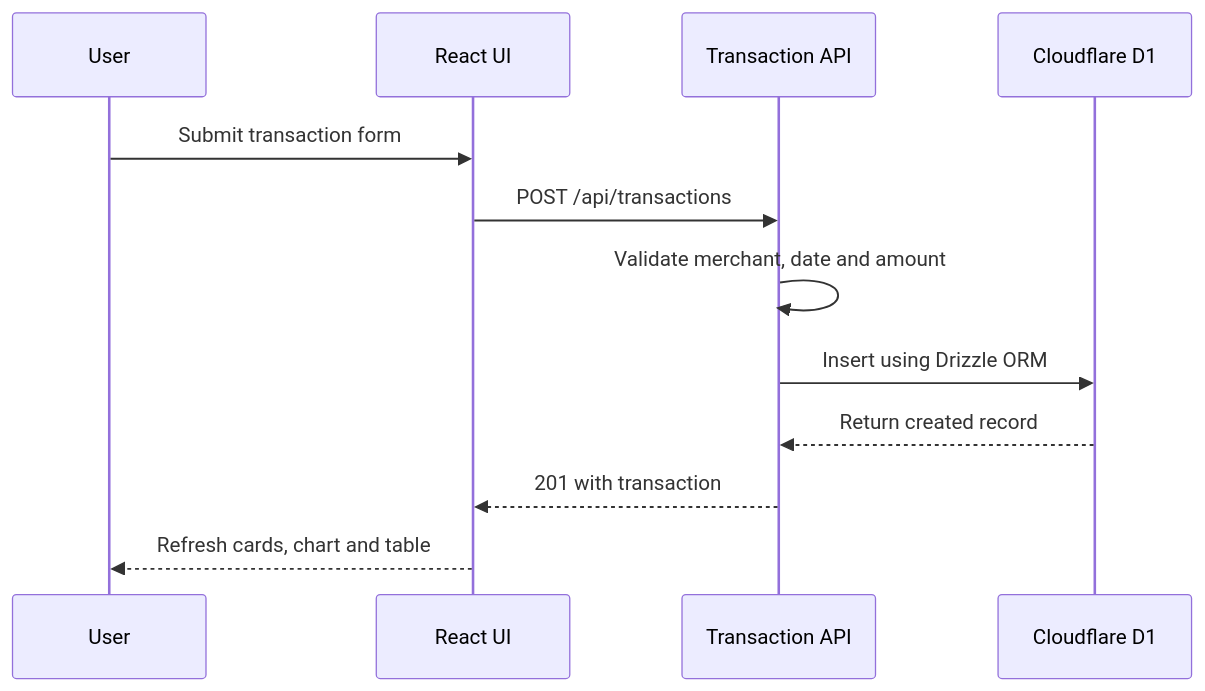
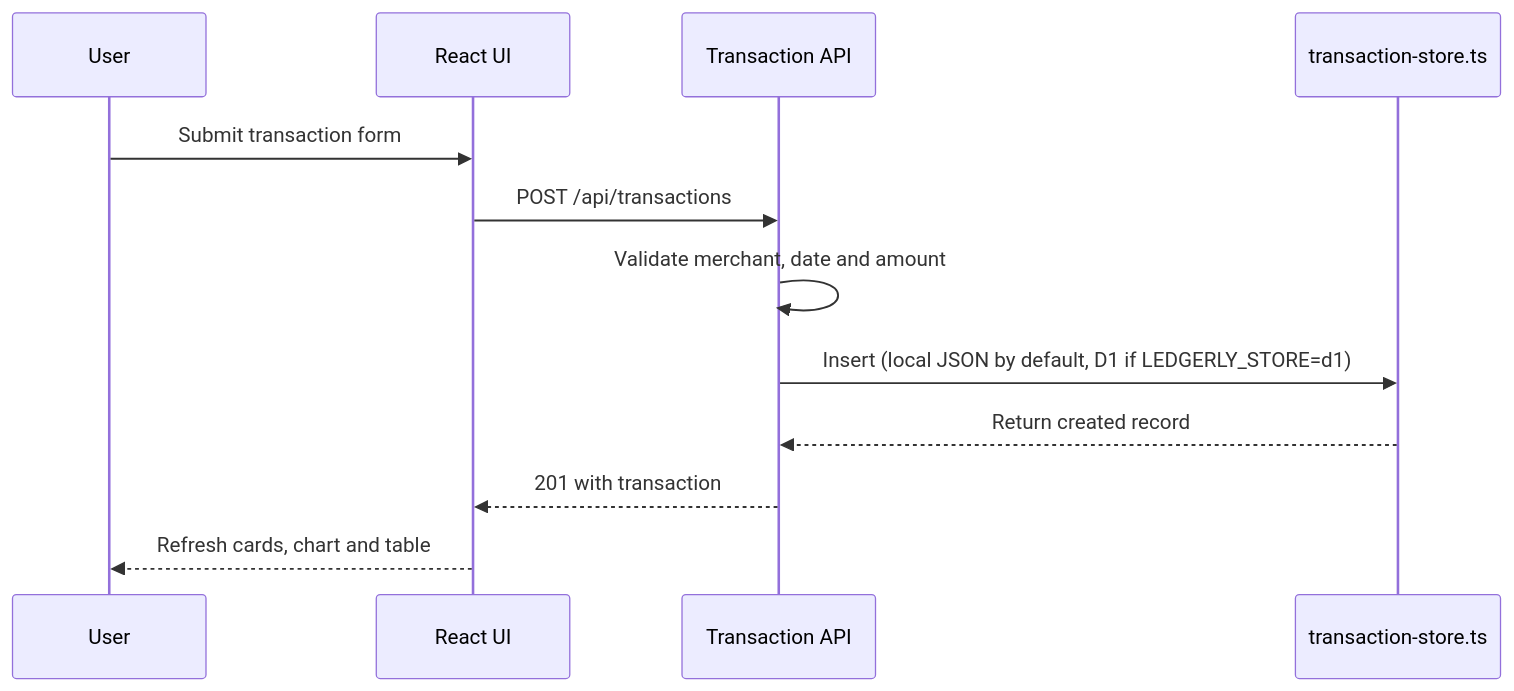
One commit to sicariodublin/personal_expense_tracker changed the third of 5 diagrams in LEDGERLY_PROJECT_HANDOVER.md. Above: the diagram before and after it, drawn with Mermaid. The commit also changed other lines of this file and 2 other files, not shown here.

````diff
--- a/LEDGERLY_PROJECT_HANDOVER.md
+++ b/LEDGERLY_PROJECT_HANDOVER.md
@@ -314,15 +330,15 @@
 ```mermaid
 sequenceDiagram
     participant User
     participant React as React UI
     participant API as Transaction API
-    participant DB as Cloudflare D1
+    participant Store as transaction-store.ts
 
     User->>React: Submit transaction form
     React->>API: POST /api/transactions
     API->>API: Validate merchant, date and amount
-    API->>DB: Insert using Drizzle ORM
-    DB-->>API: Return created record
+    API->>Store: Insert (local JSON by default, D1 if LEDGERLY_STORE=d1)
+    Store-->>API: Return created record
     API-->>React: 201 with transaction
     React-->>User: Refresh cards, chart and table
 ```
````
